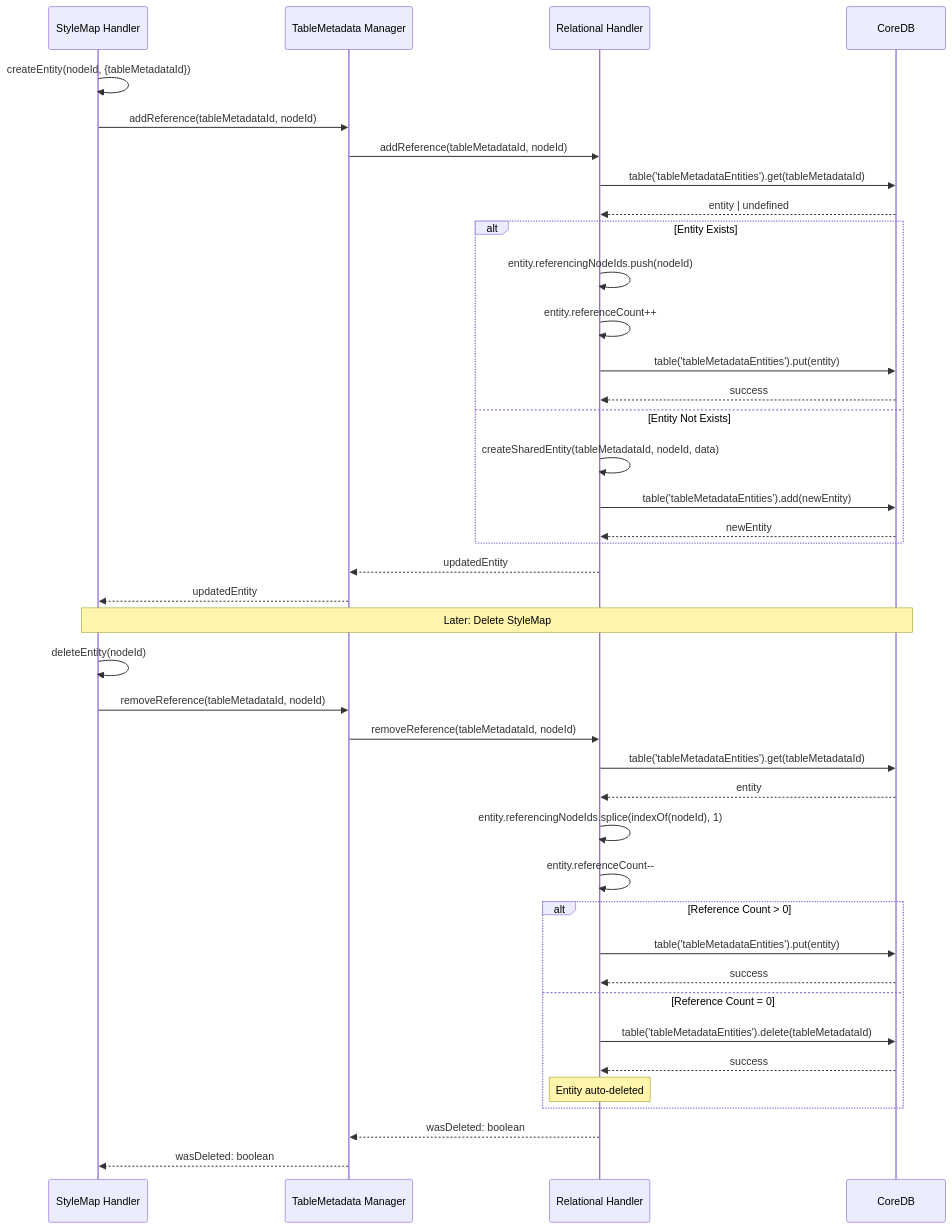
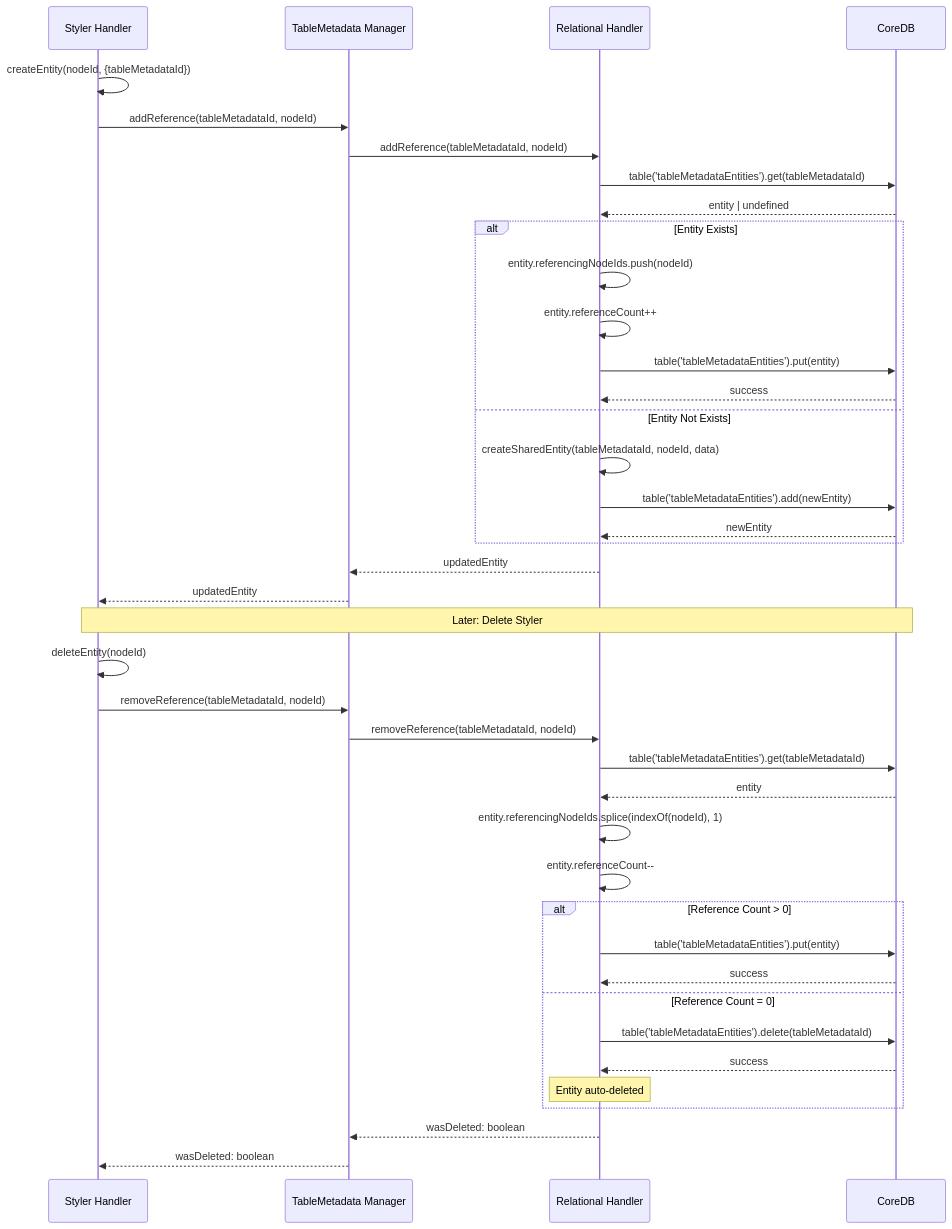
Before and after one commit to kubohiroya/hierarchidb: the seventh of 18 diagrams in docs/deprecated/REPORT/technical-architecture-specification.md, drawn with Mermaid. The commit also changed other lines of this file and 267 other files, not shown here.

````diff
--- a/docs/deprecated/REPORT/technical-architecture-specification.md
+++ b/docs/deprecated/REPORT/technical-architecture-specification.md
@@ -390,51 +390,51 @@
 ```mermaid
 sequenceDiagram
-    participant SM as StyleMap Handler
+    participant SM as Styler Handler
     participant TM as TableMetadata Manager
     participant RelHandler as Relational Handler
     participant CoreDB as CoreDB
     
     SM->>SM: createEntity(nodeId, {tableMetadataId})
     SM->>TM: addReference(tableMetadataId, nodeId)
     TM->>RelHandler: addReference(tableMetadataId, nodeId)
     
     RelHandler->>CoreDB: table('tableMetadataEntities').get(tableMetadataId)
     CoreDB-->>RelHandler: entity | undefined
     
     alt Entity Exists
         RelHandler->>RelHandler: entity.referencingNodeIds.push(nodeId)
         RelHandler->>RelHandler: entity.referenceCount++
         RelHandler->>CoreDB: table('tableMetadataEntities').put(entity)
         CoreDB-->>RelHandler: success
     else Entity Not Exists
         RelHandler->>RelHandler: createSharedEntity(tableMetadataId, nodeId, data)
         RelHandler->>CoreDB: table('tableMetadataEntities').add(newEntity)
         CoreDB-->>RelHandler: newEntity
     end
     
     RelHandler-->>TM: updatedEntity
     TM-->>SM: updatedEntity
     
-    Note over SM,CoreDB: Later: Delete StyleMap
+    Note over SM,CoreDB: Later: Delete Styler
     SM->>SM: deleteEntity(nodeId)
     SM->>TM: removeReference(tableMetadataId, nodeId)
     TM->>RelHandler: removeReference(tableMetadataId, nodeId)
     
     RelHandler->>CoreDB: table('tableMetadataEntities').get(tableMetadataId)
     CoreDB-->>RelHandler: entity
     
     RelHandler->>RelHandler: entity.referencingNodeIds.splice(indexOf(nodeId), 1)
     RelHandler->>RelHandler: entity.referenceCount--
     
     alt Reference Count > 0
         RelHandler->>CoreDB: table('tableMetadataEntities').put(entity)
         CoreDB-->>RelHandler: success
     else Reference Count = 0
         RelHandler->>CoreDB: table('tableMetadataEntities').delete(tableMetadataId)
         CoreDB-->>RelHandler: success
         Note over RelHandler: Entity auto-deleted
     end
     
     RelHandler-->>TM: wasDeleted: boolean
     TM-->>SM: wasDeleted: boolean
 ```
````
